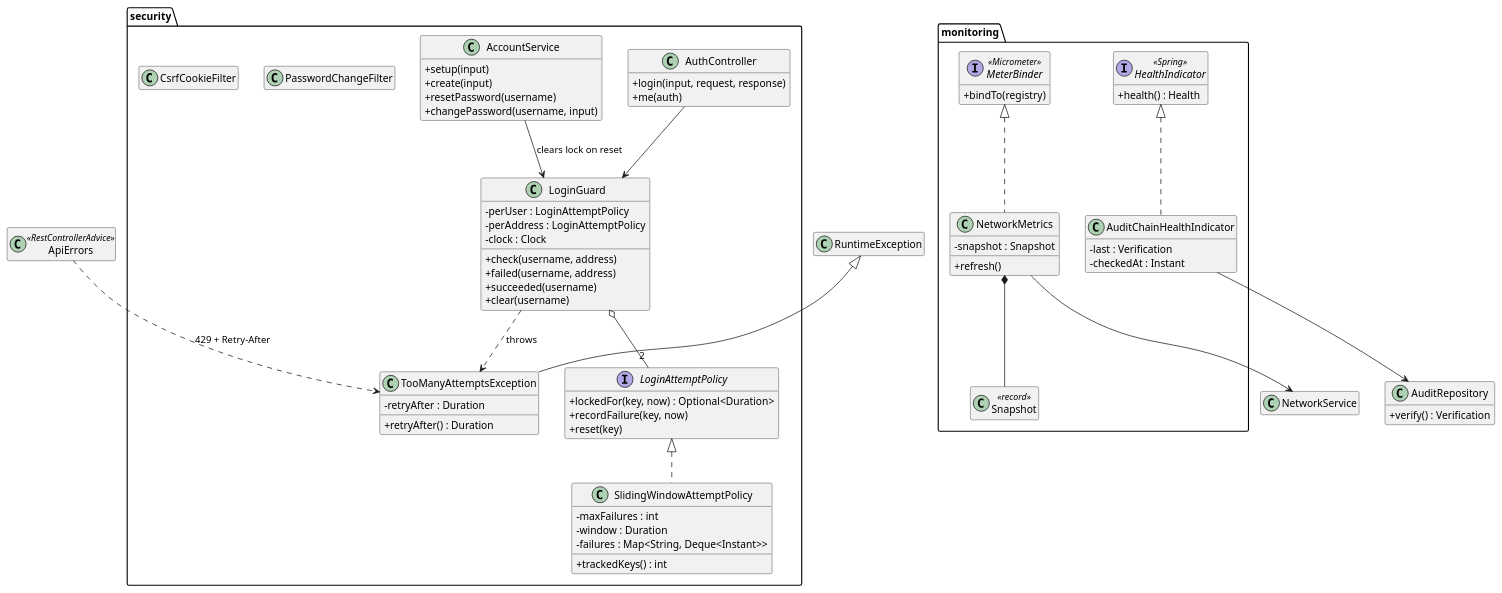
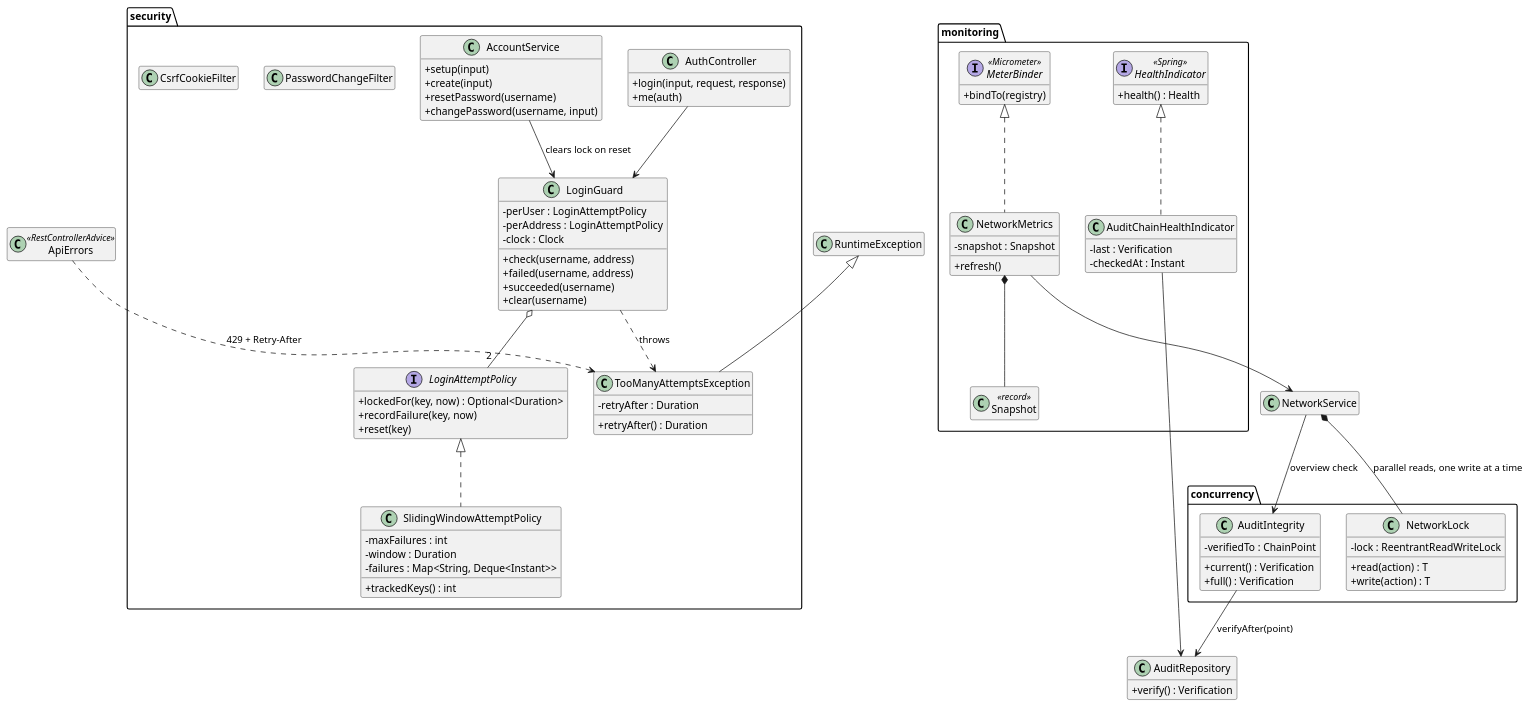
One commit to pritikakhandelwal/raktsetu changed the diagram in docs/uml/server-security-monitoring.puml. Above: the diagram before and after it, drawn with PlantUML. The commit also changed 39 other files, not shown here.

```diff
--- a/docs/uml/server-security-monitoring.puml
+++ b/docs/uml/server-security-monitoring.puml
@@ -1,83 +1,99 @@
 @startuml server-security-monitoring
 ' RaktSetu server: sign-in protection and monitoring. Keep in sync with raktsetu-server.
 skinparam classAttributeIconSize 0
 hide empty members
 
 package security {
   interface LoginAttemptPolicy {
     +lockedFor(key, now) : Optional<Duration>
     +recordFailure(key, now)
     +reset(key)
   }
   class SlidingWindowAttemptPolicy {
     -maxFailures : int
     -window : Duration
     -failures : Map<String, Deque<Instant>>
     +trackedKeys() : int
   }
   class LoginGuard {
     -perUser : LoginAttemptPolicy
     -perAddress : LoginAttemptPolicy
     -clock : Clock
     +check(username, address)
     +failed(username, address)
     +succeeded(username)
     +clear(username)
   }
   class TooManyAttemptsException {
     -retryAfter : Duration
     +retryAfter() : Duration
   }
   class AuthController {
     +login(input, request, response)
     +me(auth)
   }
   class AccountService {
     +setup(input)
     +create(input)
     +resetPassword(username)
     +changePassword(username, input)
   }
   class PasswordChangeFilter
   class CsrfCookieFilter
 }
 
 package monitoring {
   interface HealthIndicator <<Spring>> {
     +health() : Health
   }
   interface MeterBinder <<Micrometer>> {
     +bindTo(registry)
   }
   class AuditChainHealthIndicator {
     -last : Verification
     -checkedAt : Instant
   }
   class NetworkMetrics {
     -snapshot : Snapshot
     +refresh()
   }
   class Snapshot <<record>>
 }
 
+package concurrency {
+  class NetworkLock {
+    -lock : ReentrantReadWriteLock
+    +read(action) : T
+    +write(action) : T
+  }
+  class AuditIntegrity {
+    -verifiedTo : ChainPoint
+    +current() : Verification
+    +full() : Verification
+  }
+}
+
 class ApiErrors <<RestControllerAdvice>>
 class NetworkService
 class AuditRepository {
   +verify() : Verification
 }
 class RuntimeException
 
 LoginAttemptPolicy <|.. SlidingWindowAttemptPolicy
 LoginGuard o-- "2" LoginAttemptPolicy
 LoginGuard ..> TooManyAttemptsException : throws
 RuntimeException <|-- TooManyAttemptsException
 AuthController --> LoginGuard
 AccountService --> LoginGuard : clears lock on reset
 ApiErrors ..> TooManyAttemptsException : 429 + Retry-After
 
 HealthIndicator <|.. AuditChainHealthIndicator
 MeterBinder <|.. NetworkMetrics
 AuditChainHealthIndicator --> AuditRepository
 NetworkMetrics --> NetworkService
 NetworkMetrics *-- Snapshot
+NetworkService *-- NetworkLock : parallel reads, one write at a time
+NetworkService --> AuditIntegrity : overview check
+AuditIntegrity --> AuditRepository : verifyAfter(point)
 @enduml
```
